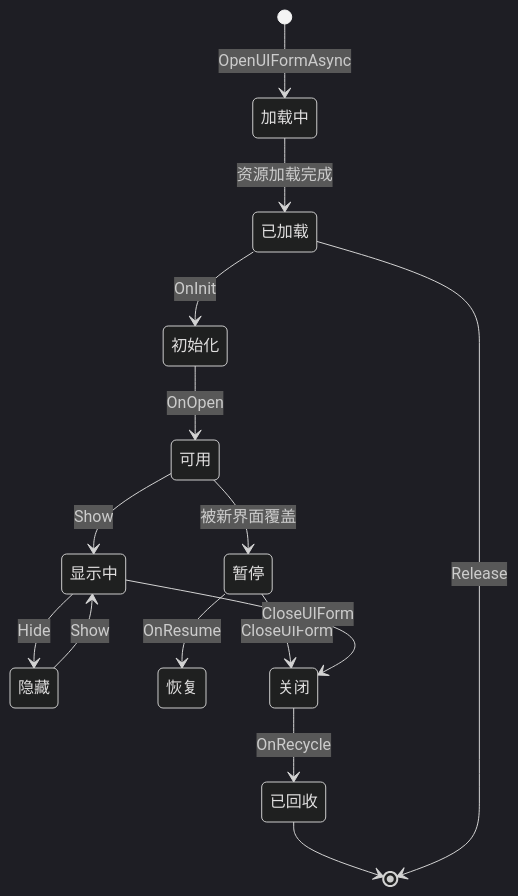
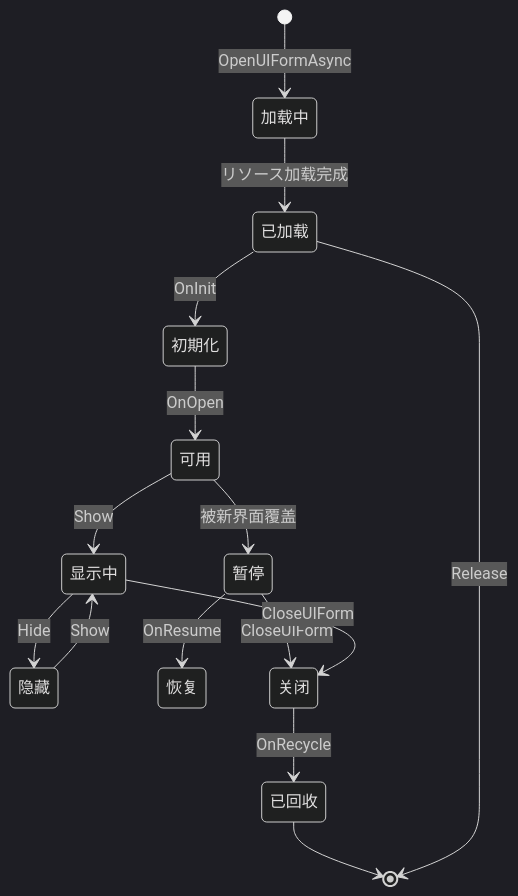
One commit to AlianBlank/GameFrameX.Docs changed the second of 2 diagrams in docs/ja/client/unity/component/ui/11.ui-component-api.md. Above: the diagram before and after it, drawn with Mermaid (dark theme). The commit also changed other lines of this file and 603 other files, not shown here.

````diff
--- a/docs/ja/client/unity/component/ui/11.ui-component-api.md
+++ b/docs/ja/client/unity/component/ui/11.ui-component-api.md
@@ -445,17 +445,17 @@
 ```mermaid
 stateDiagram-v2
     [*] --> 加载中: OpenUIFormAsync
-    加载中 --> 已加载: 资源加载完成
-    已加载 --> 初始化: OnInit
-    初始化 --> 可用: OnOpen
+    加载中 --> 已加载: リソース加载完成
+    已加载 --> 初期化: OnInit
+    初期化 --> 可用: OnOpen
     可用 --> 显示中: Show
     显示中 --> 隐藏: Hide
     隐藏 --> 显示中: Show
     可用 --> 暂停: 被新界面覆盖
     暂停 --> 恢复: OnResume
     暂停 --> 关闭: CloseUIForm
     显示中 --> 关闭: CloseUIForm
     关闭 --> 已回收: OnRecycle
     已回收 --> [*]
     已加载 --> [*]: Release
 ```
````
